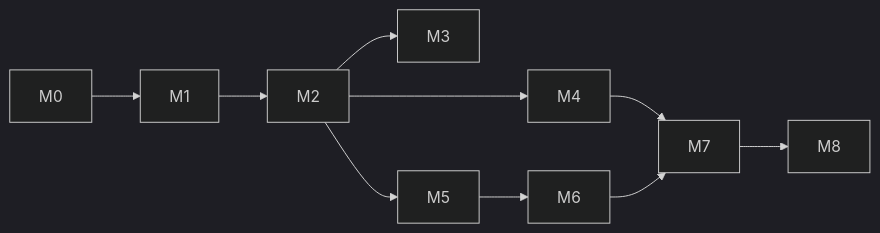
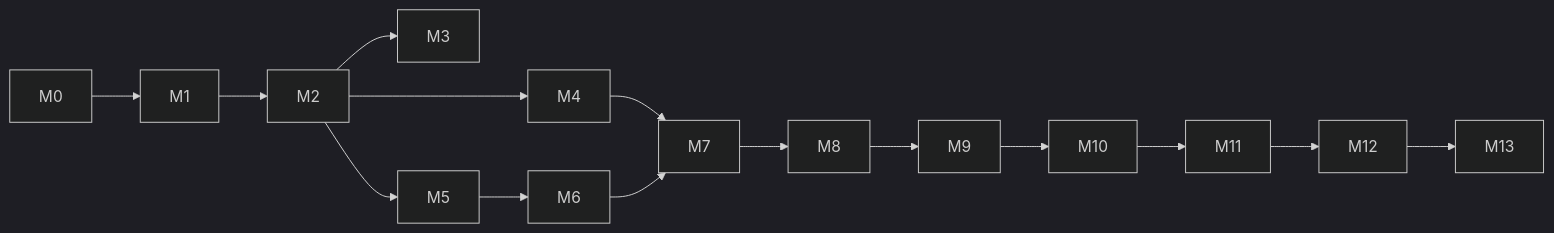
Before and after one commit to ebnmajed/kareem-marefa: the second of 2 diagrams in docs/plan/14-roadmap.md, drawn with Mermaid (dark theme). The commit also changed other lines of this file and 9 other files, not shown here.

````diff
--- a/docs/plan/14-roadmap.md
+++ b/docs/plan/14-roadmap.md
@@ -297,11 +464,11 @@
 ```mermaid
 graph LR
     M0 --> M1 --> M2
     M2 --> M3
     M2 --> M4
     M2 --> M5
     M5 --> M6
     M4 --> M7
     M6 --> M7
-    M7 --> M8
+    M7 --> M8 --> M9 --> M10 --> M11 --> M12 --> M13
 ```
````
